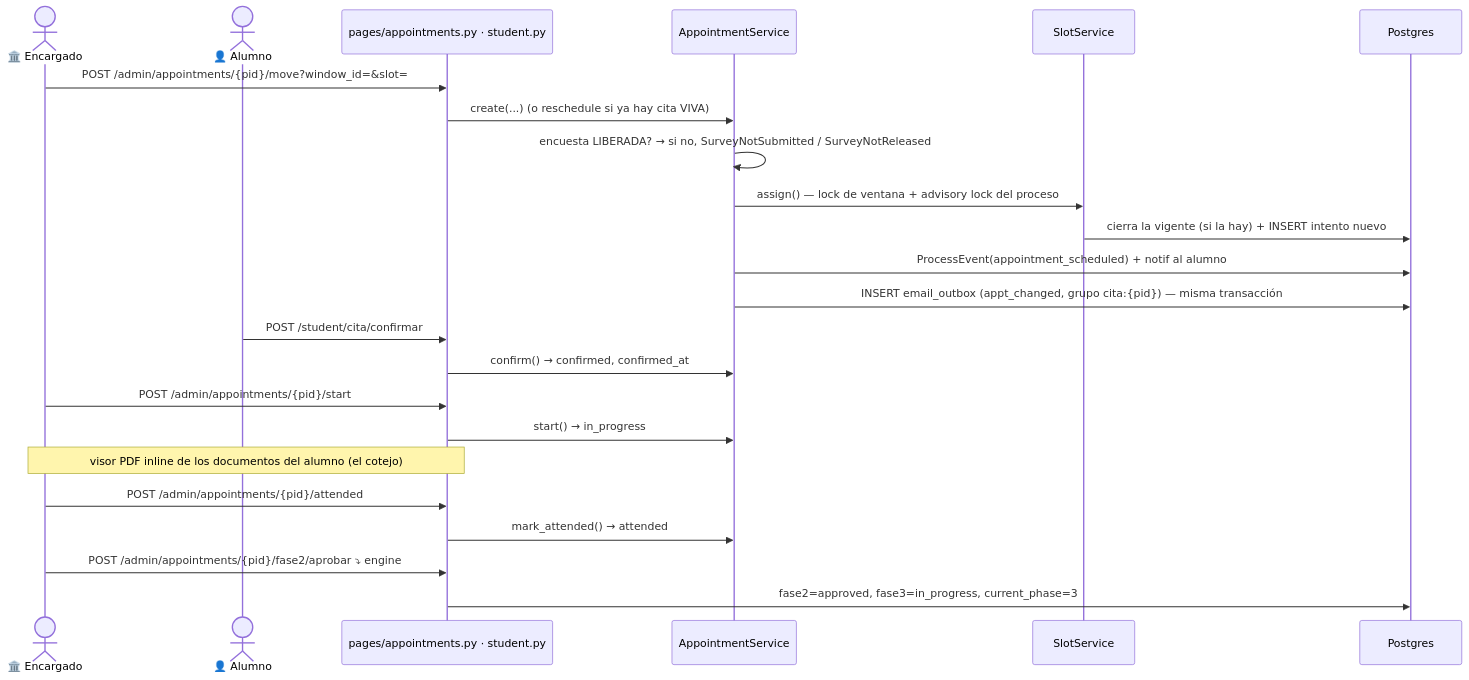
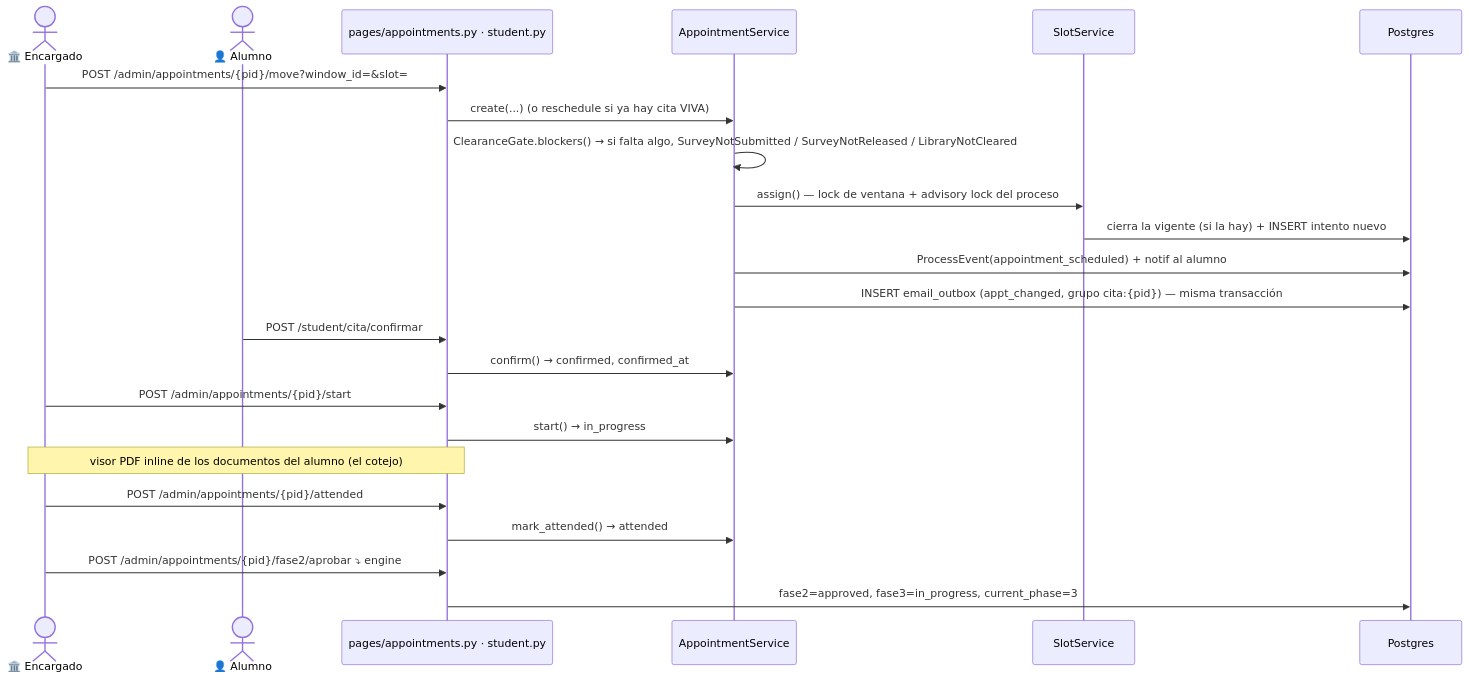
The diagram in itcj2/apps/titulatec/docs/flows/phase2_appointment_loop.md (Erne1357/itcj), drawn with Mermaid before and after one commit. The commit also changed other lines of this file and 11 other files, not shown here.

````diff
--- a/itcj2/apps/titulatec/docs/flows/phase2_appointment_loop.md
+++ b/itcj2/apps/titulatec/docs/flows/phase2_appointment_loop.md
@@ -192,25 +210,25 @@
 ```mermaid
 sequenceDiagram
     actor S as 🏛️ Encargado
     actor U as 👤 Alumno
     participant API as pages/appointments.py · student.py
     participant SVC as AppointmentService
     participant SLOT as SlotService
     participant DB as Postgres
     S->>API: POST /admin/appointments/{pid}/move?window_id=&slot=
     API->>SVC: create(...) (o reschedule si ya hay cita VIVA)
-    SVC->>SVC: encuesta LIBERADA? → si no, SurveyNotSubmitted / SurveyNotReleased
+    SVC->>SVC: ClearanceGate.blockers() → si falta algo, SurveyNotSubmitted / SurveyNotReleased / LibraryNotCleared
     SVC->>SLOT: assign() — lock de ventana + advisory lock del proceso
     SLOT->>DB: cierra la vigente (si la hay) + INSERT intento nuevo
     SVC->>DB: ProcessEvent(appointment_scheduled) + notif al alumno
     SVC->>DB: INSERT email_outbox (appt_changed, grupo cita:{pid}) — misma transacción
     U->>API: POST /student/cita/confirmar
     API->>SVC: confirm() → confirmed, confirmed_at
     S->>API: POST /admin/appointments/{pid}/start
     API->>SVC: start() → in_progress
     Note over S,API: visor PDF inline de los documentos del alumno (el cotejo)
     S->>API: POST /admin/appointments/{pid}/attended
     API->>SVC: mark_attended() → attended
     S->>API: POST /admin/appointments/{pid}/fase2/aprobar  ⤵ engine
     API->>DB: fase2=approved, fase3=in_progress, current_phase=3
 ```
````
